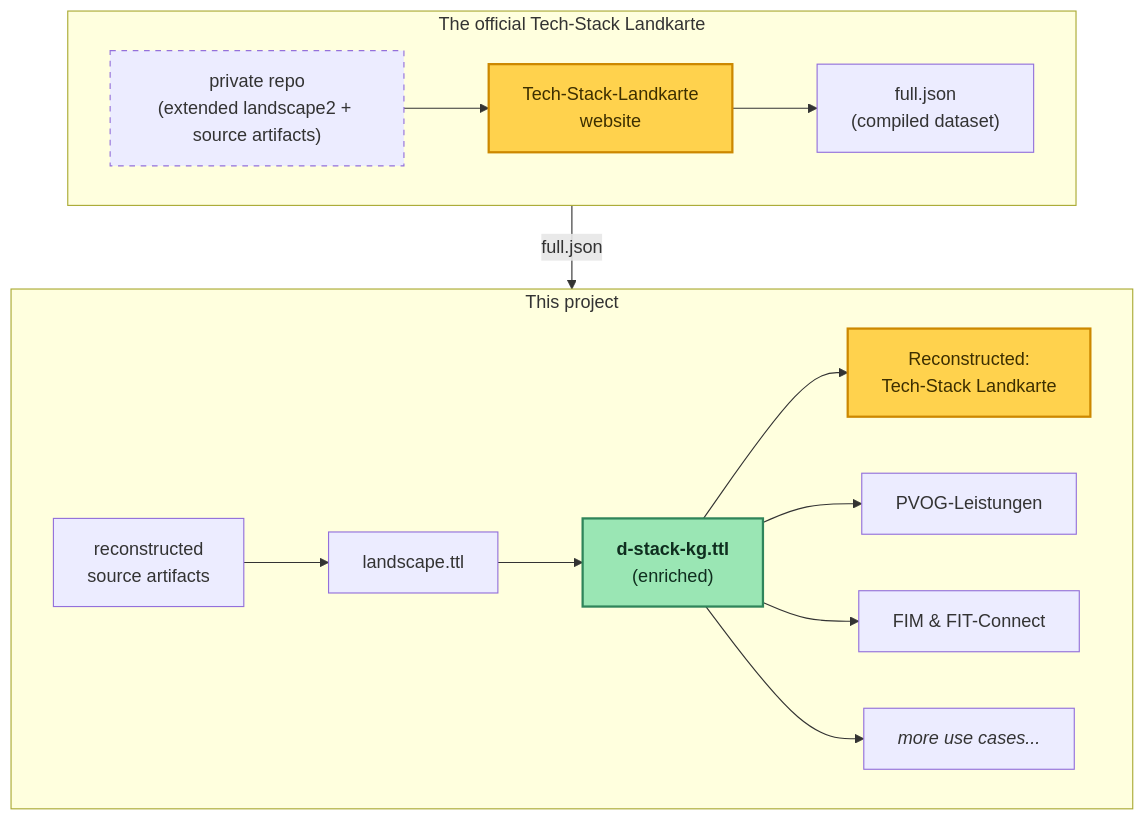
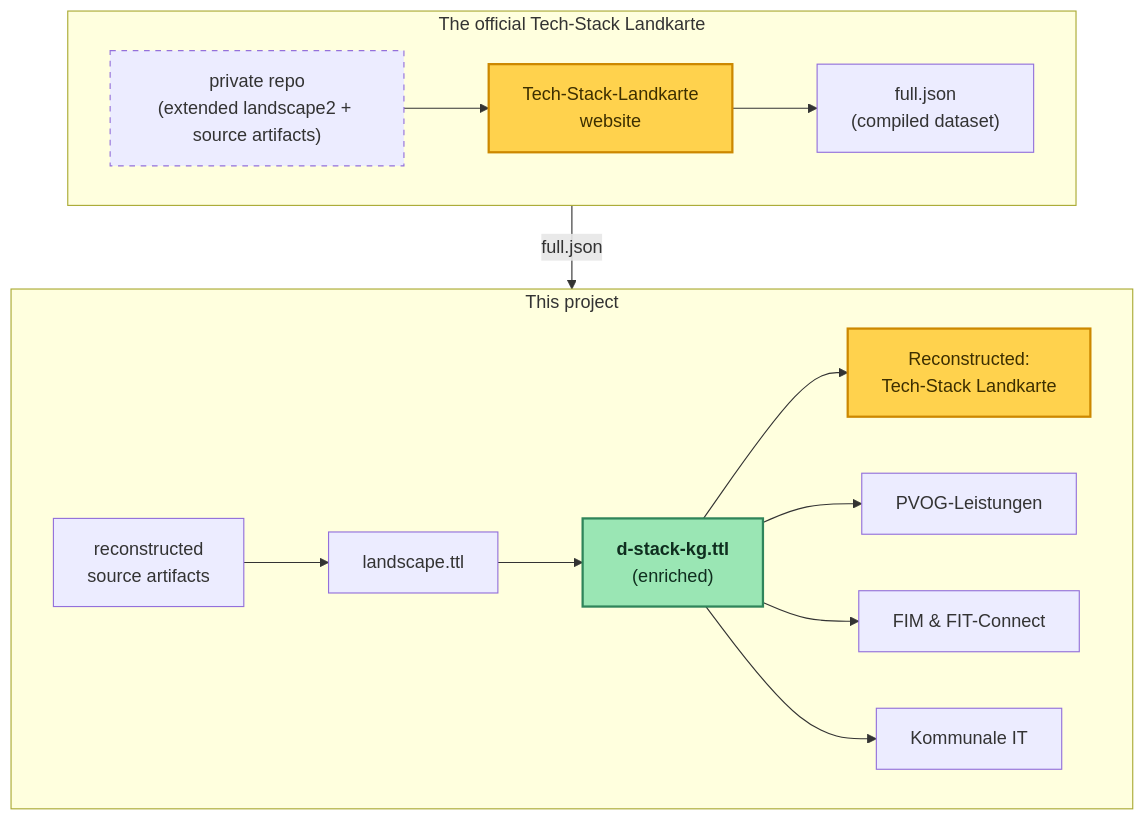
One commit to benjaminaaron/d-stack-kg changed the diagram in README.md. Above: the diagram before and after it, drawn with Mermaid. The commit also changed other lines of this file and 13 other files, not shown here.

````diff
--- a/README.md
+++ b/README.md
@@ -24,24 +24,24 @@
 ```mermaid
     flowchart TB
     subgraph sq ["The official Tech-Stack Landkarte"]
         direction LR
         repo["private repo<br/>(extended landscape2 + source artifacts)"] --> site["Tech-Stack-Landkarte<br/>website"] --> json["full.json<br/>(compiled dataset)"]
     end
     subgraph kg ["This project"]
         direction LR
         yml["reconstructed<br/>source artifacts"] --> ttl["landscape.ttl"] --> dstack["<b>d-stack-kg.ttl</b><br/>(enriched)"]
         dstack --> roundtrip["Reconstructed:</br>Tech-Stack Landkarte"]
         dstack --> leistungen["PVOG-Leistungen"]
         dstack --> fachdaten["FIM &amp; FIT-Connect"]
-        dstack --> more["<i>more use cases...</i>"]
+        dstack --> kommune["Kommunale IT"]
     end
     sq -- "full.json" --> kg
 
     classDef private stroke-dasharray:5 5
     classDef key fill:#ffd24d,stroke:#cc8800,color:#3d2f00,stroke-width:2px
     classDef goal fill:#9ae6b4,stroke:#2f855a,color:#0f2e1f,stroke-width:2px
     class repo private
     class site key
     class roundtrip key
     class dstack goal
 ```
````
